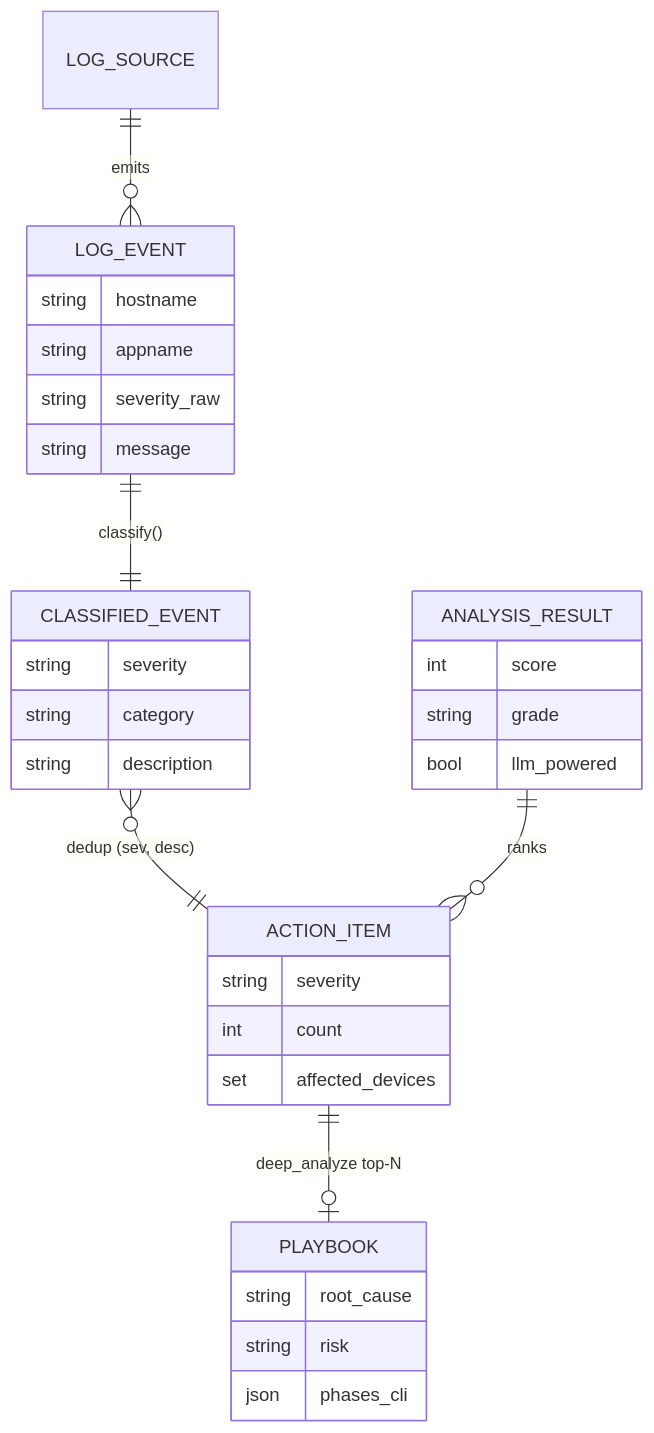
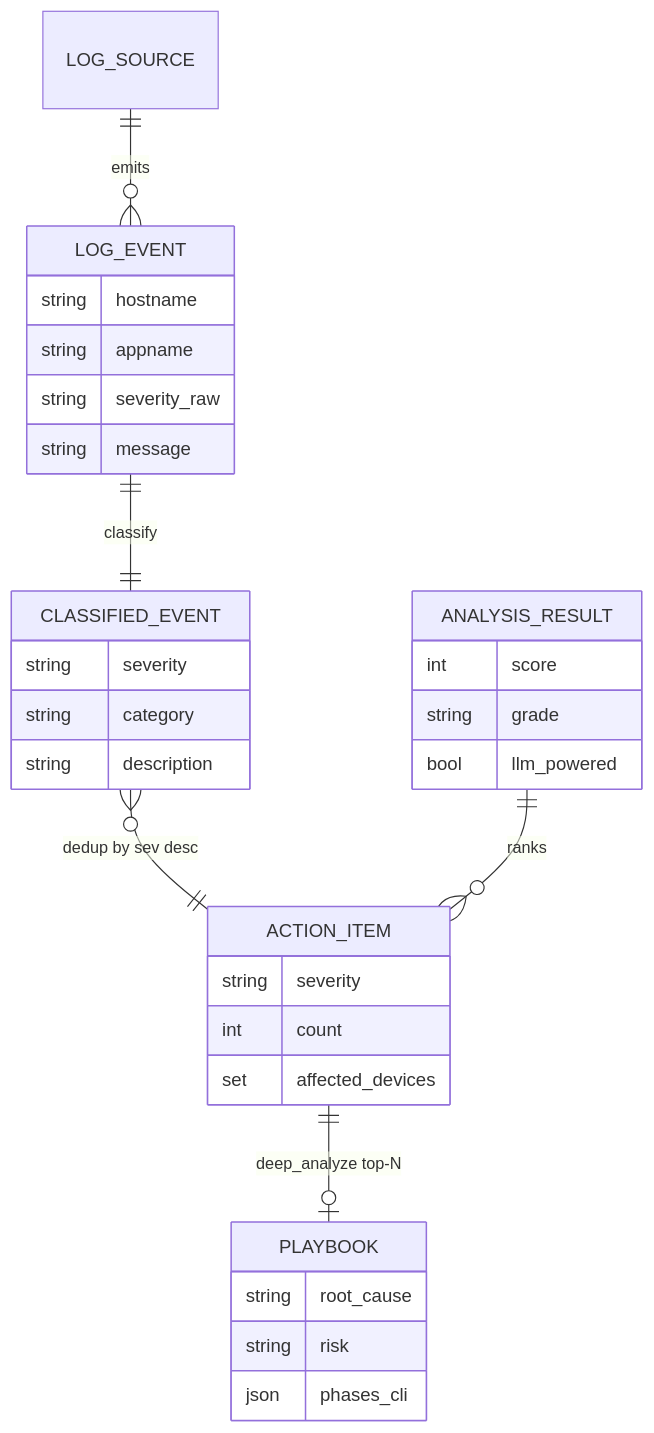
Before and after one commit to gesh75/netlog-ai: the sixth of 7 diagrams in docs/ARCHITECTURE.md, drawn with Mermaid. The commit also changed other lines of this file and 1 other file, not shown here.

Commit message:
docs: harden mermaid diagrams for reliable GitHub rendering

````diff
--- a/docs/ARCHITECTURE.md
+++ b/docs/ARCHITECTURE.md
@@ -242,35 +234,35 @@
 ```mermaid
 erDiagram
     LOG_SOURCE  ||--o{ LOG_EVENT       : emits
-    LOG_EVENT   ||--|| CLASSIFIED_EVENT : "classify()"
-    CLASSIFIED_EVENT }o--|| ACTION_ITEM : "dedup (sev, desc)"
+    LOG_EVENT   ||--|| CLASSIFIED_EVENT : "classify"
+    CLASSIFIED_EVENT }o--|| ACTION_ITEM : "dedup by sev desc"
     ACTION_ITEM ||--o| PLAYBOOK         : "deep_analyze top-N"
     ANALYSIS_RESULT ||--o{ ACTION_ITEM  : ranks
 
     LOG_EVENT {
         string hostname
         string appname
         string severity_raw
         string message
     }
     CLASSIFIED_EVENT {
         string severity
         string category
         string description
     }
     ACTION_ITEM {
         string severity
         int    count
         set    affected_devices
     }
     PLAYBOOK {
         string root_cause
         string risk
         json   phases_cli
     }
     ANALYSIS_RESULT {
         int    score
         string grade
         bool   llm_powered
     }
 ```
````
